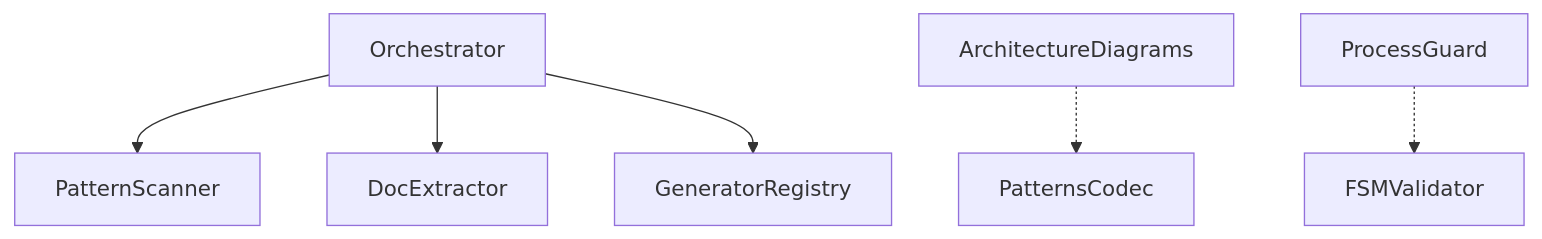
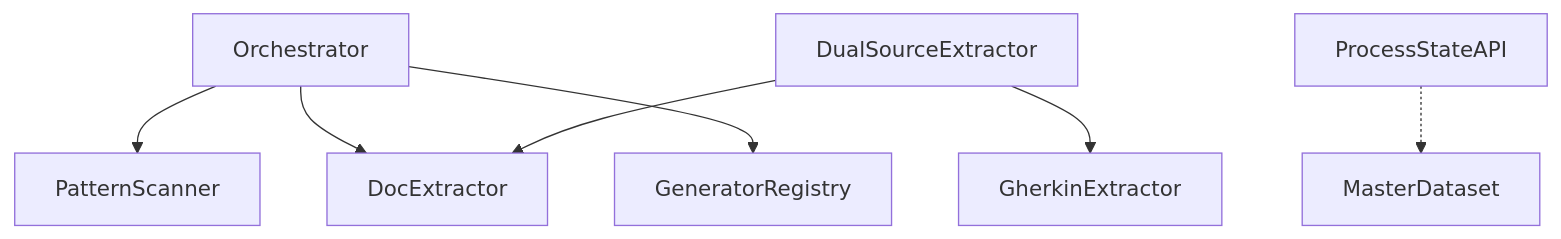
The diagram in README.md (libar-dev/architect), drawn with Mermaid before and after one commit. The commit also changed other lines of this file and 5 other files, not shown here.

````diff
--- a/README.md
+++ b/README.md
@@ -156,8 +282,9 @@
 ```mermaid
 graph TD
     Orchestrator --> PatternScanner
     Orchestrator --> DocExtractor
     Orchestrator --> GeneratorRegistry
-    ArchitectureDiagrams -.-> PatternsCodec
-    ProcessGuard -.-> FSMValidator
+    DualSourceExtractor --> DocExtractor
+    DualSourceExtractor --> GherkinExtractor
+    ProcessStateAPI -.-> MasterDataset
 ```
````
